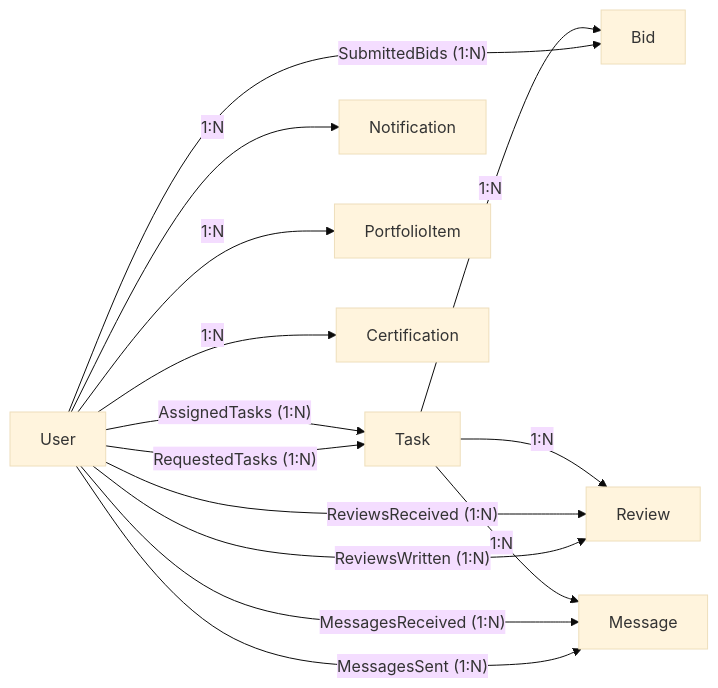
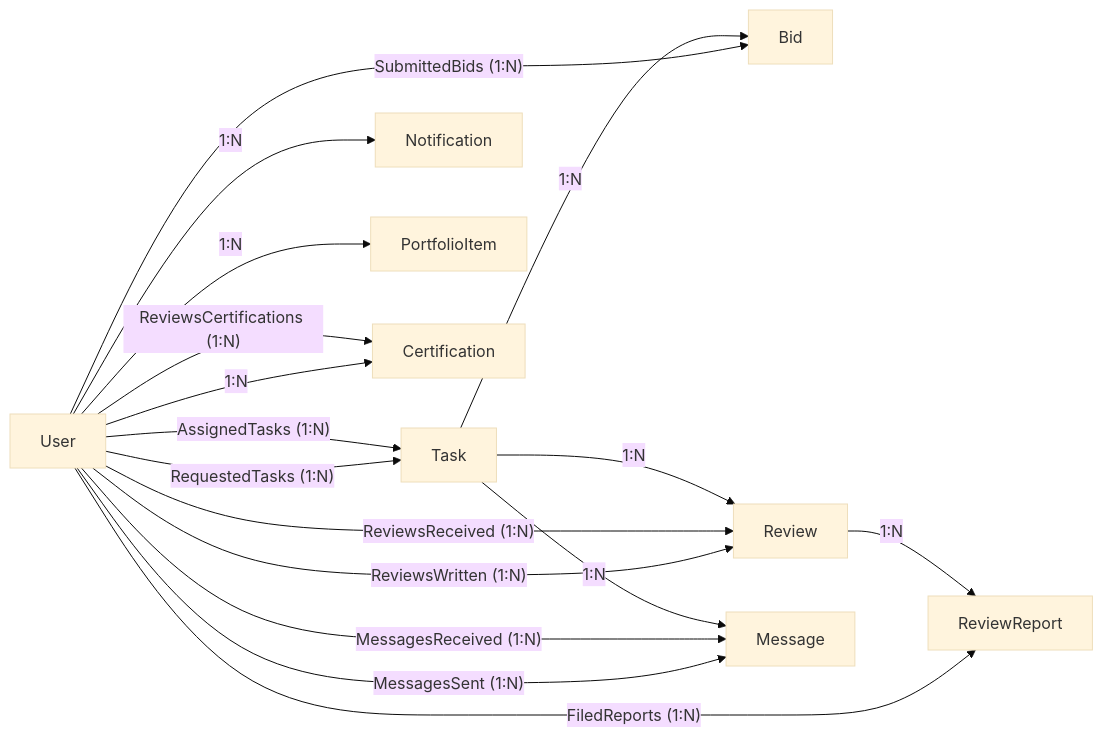
One commit to GuyStein1/CSFinalProject changed the diagram in docs/03_Database_Schema.md. Above: the diagram before and after it, drawn with Mermaid (base theme). The commit also changed other lines of this file and 22 other files, not shown here.

````diff
--- a/docs/03_Database_Schema.md
+++ b/docs/03_Database_Schema.md
@@ -124,27 +161,30 @@
 ```mermaid
 graph LR
     User["User"]
     Task["Task"]
     Bid["Bid"]
     Review["Review"]
+    ReviewReport["ReviewReport"]
     Message["Message"]
     Notification["Notification"]
     PortfolioItem["PortfolioItem"]
     Certification["Certification"]
 
     User --"RequestedTasks (1:N)"--> Task
     User --"AssignedTasks (1:N)"--> Task
     User --"SubmittedBids (1:N)"--> Bid
     User --"ReviewsWritten (1:N)"--> Review
     User --"ReviewsReceived (1:N)"--> Review
-
     User --"MessagesSent (1:N)"--> Message
     User --"MessagesReceived (1:N)"--> Message
     User --"1:N"--> Notification
     User --"1:N"--> PortfolioItem
     User --"1:N"--> Certification
+    User --"FiledReports (1:N)"--> ReviewReport
+    User --"ReviewsCertifications (1:N)"--> Certification
 
     Task --"1:N"--> Bid
     Task --"1:N"--> Review
     Task --"1:N"--> Message
+    Review --"1:N"--> ReviewReport
 ```
````
